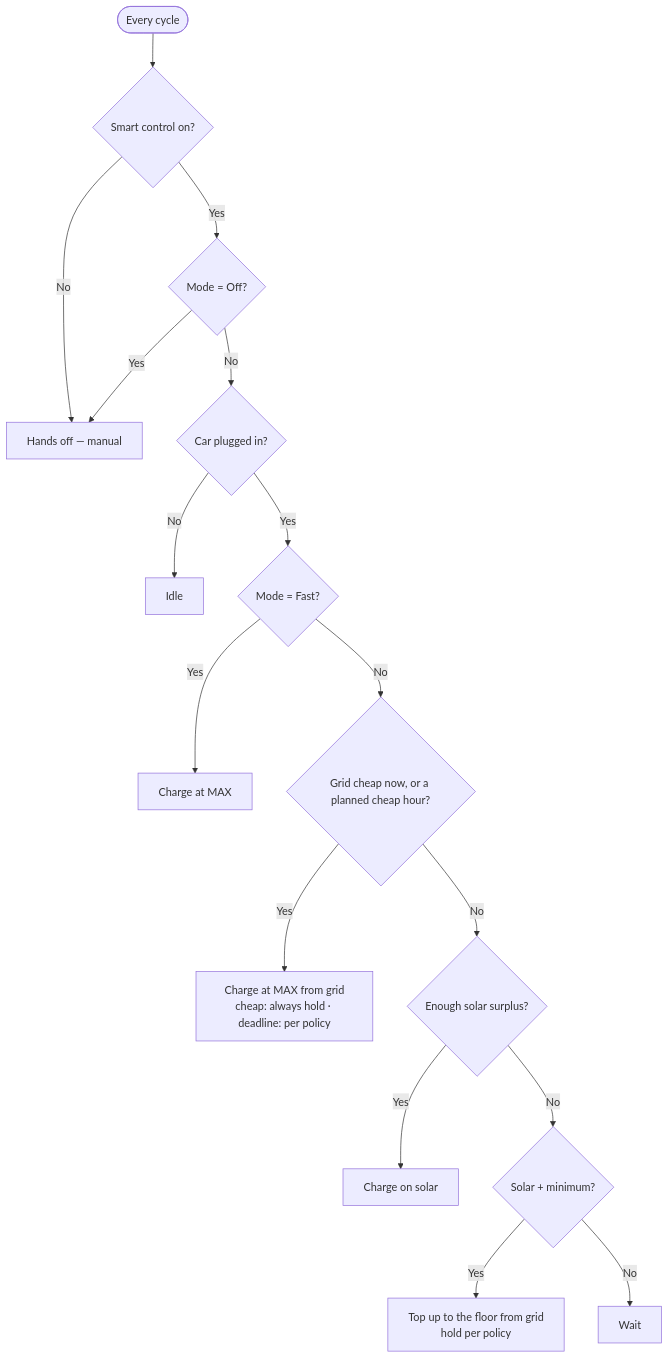
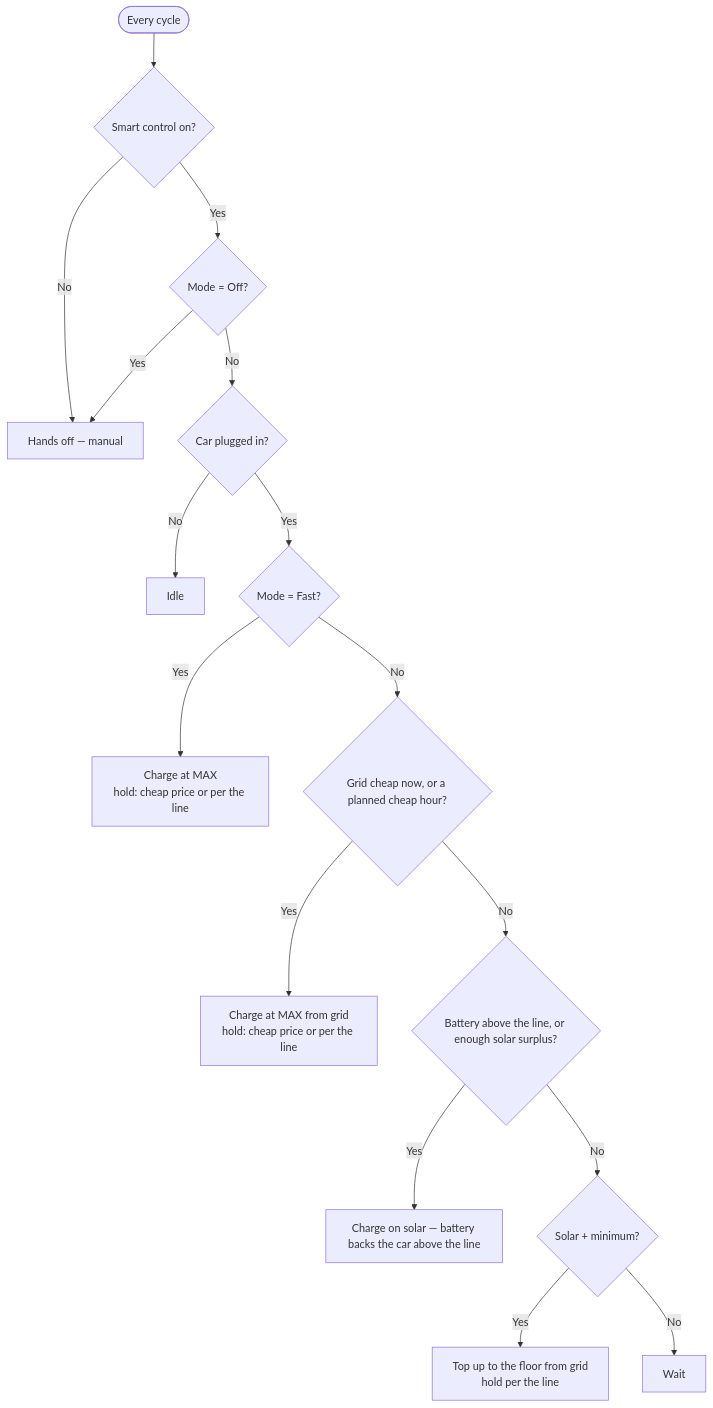
One commit to JustChr/HAgoe_steve changed the diagram in docs/charging-behavior-matrix.md. Above: the diagram before and after it, drawn with Mermaid. The commit also changed other lines of this file and 20 other files, not shown here.

First line of the commit message:
Release v2.0.0 — One home-battery reserve line replaces the battery policies

````diff
--- a/docs/charging-behavior-matrix.md
+++ b/docs/charging-behavior-matrix.md
@@ -49,18 +70,18 @@
 ```mermaid
 flowchart TD
     A([Every cycle]) --> B{Smart control on?}
     B -- No --> H[Hands off — manual]
     B -- Yes --> C{Mode = Off?}
     C -- Yes --> H
     C -- No --> D{Car plugged in?}
     D -- No --> I[Idle]
     D -- Yes --> E{Mode = Fast?}
-    E -- Yes --> MAX[Charge at MAX]
+    E -- Yes --> MAX[Charge at MAX<br/>hold: cheap price or per the line]
     E -- No --> G{Grid cheap now, or a planned cheap hour?}
-    G -- Yes --> GRID[Charge at MAX from grid<br/>cheap: always hold · deadline: per policy]
-    G -- No --> J{Enough solar surplus?}
-    J -- Yes --> SUN[Charge on solar]
+    G -- Yes --> GRID[Charge at MAX from grid<br/>hold: cheap price or per the line]
+    G -- No --> J{Battery above the line, or enough solar surplus?}
+    J -- Yes --> SUN[Charge on solar — battery backs the car above the line]
     J -- No --> K{Solar + minimum?}
-    K -- Yes --> FLOOR[Top up to the floor from grid<br/>hold per policy]
+    K -- Yes --> FLOOR[Top up to the floor from grid<br/>hold per the line]
     K -- No --> W[Wait]
 ```
````
